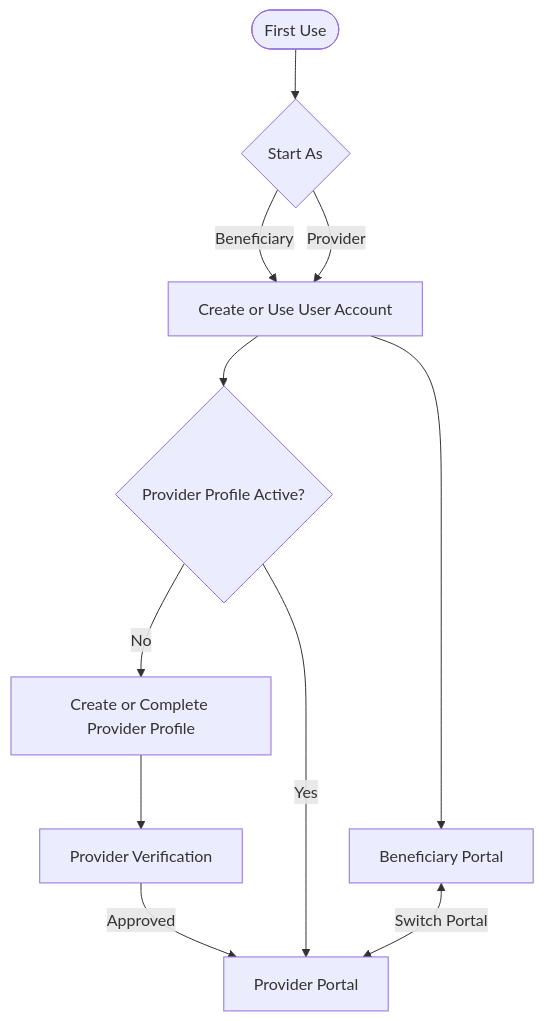
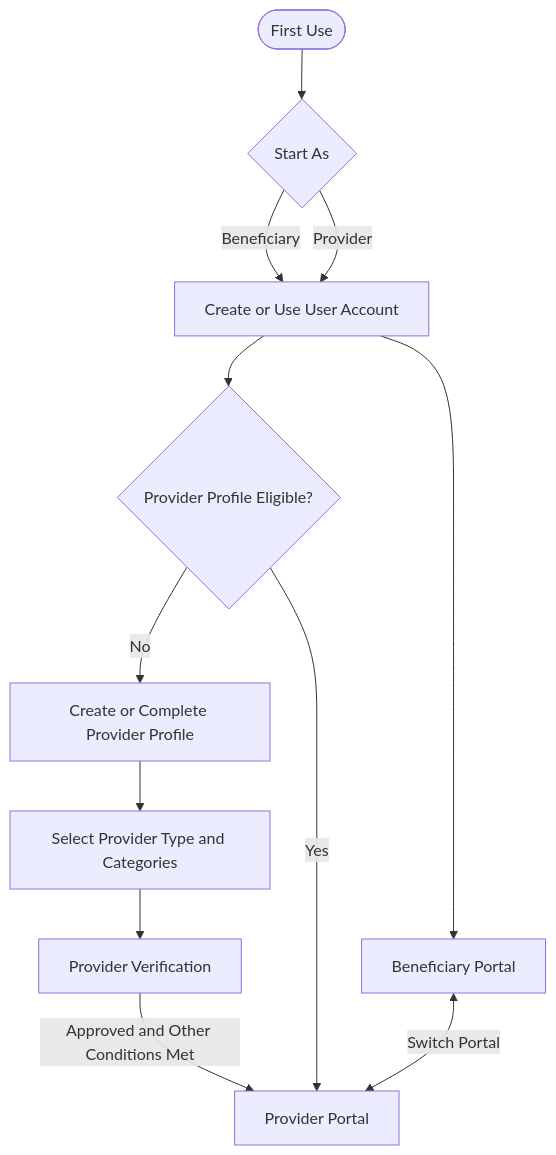
One commit to Yadd-SanaaUniversityGraduationProject/yadd changed the diagram in docs/03-analysis/14-account-portal-model.md. Above: the diagram before and after it, drawn with Mermaid. The commit also changed other lines of this file, not shown here.

Commit message:
sync(account): align provider type rules with DEC-074/076

````diff
--- a/docs/03-analysis/14-account-portal-model.md
+++ b/docs/03-analysis/14-account-portal-model.md
@@ -42,13 +45,14 @@
 ```mermaid
 flowchart TD
     START([First Use]) --> CHOOSE{Start As}
     CHOOSE -->|Beneficiary| U[Create or Use User Account]
     CHOOSE -->|Provider| U
     U --> B[Beneficiary Portal]
-    U --> HAS{Provider Profile Active?}
+    U --> HAS{Provider Profile Eligible?}
     HAS -->|No| CREATE[Create or Complete Provider Profile]
-    CREATE --> VERIFY[Provider Verification]
-    VERIFY -->|Approved| P[Provider Portal]
+    CREATE --> TYPE[Select Provider Type and Categories]
+    TYPE --> VERIFY[Provider Verification]
+    VERIFY -->|Approved and Other Conditions Met| P[Provider Portal]
     HAS -->|Yes| P
     B <-->|Switch Portal| P
 ```
````
